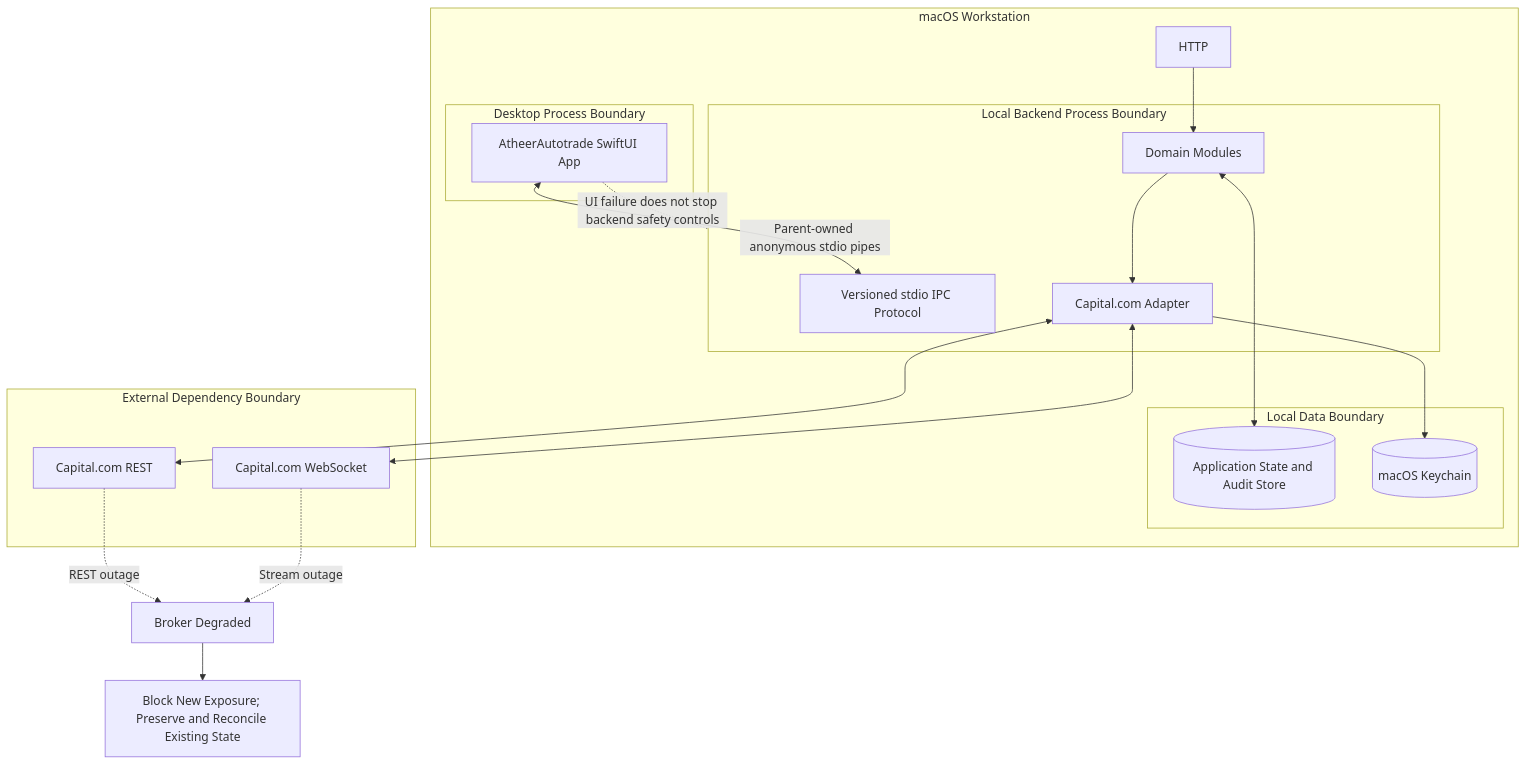
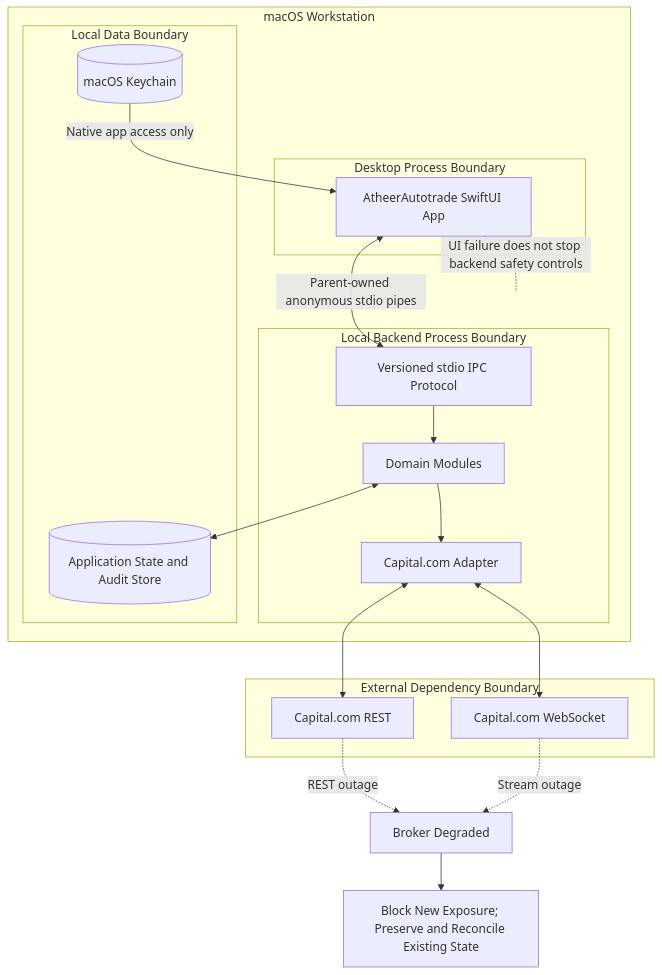
One commit to atheertrading/AtheerAutotrade changed the tenth of 10 diagrams in docs/architecture/diagrams/README.md. Above: the diagram before and after it, drawn with Mermaid. The commit also changed other lines of this file, not shown here.

Commit message:
fix(architecture): align IPC diagrams with native Keychain ownership

````diff
--- a/docs/architecture/diagrams/README.md
+++ b/docs/architecture/diagrams/README.md
@@ -339,34 +340,34 @@
 ```mermaid
 flowchart TB
     subgraph HOST["macOS Workstation"]
         subgraph DESKTOP["Desktop Process Boundary"]
             APP["AtheerAutotrade SwiftUI App"]
         end
         subgraph SERVICE["Local Backend Process Boundary"]
             IPC["Versioned stdio IPC Protocol"]
             MODULES["Domain Modules"]
             ADAPTER["Capital.com Adapter"]
         end
         subgraph DATA["Local Data Boundary"]
             DB[("Application State and Audit Store")]
             SECRETS[("macOS Keychain")]
         end
         APP <-->|Parent-owned anonymous stdio pipes| IPC
-        HTTP --> MODULES
+        IPC --> MODULES
         MODULES --> ADAPTER
         MODULES <--> DB
-        ADAPTER --> SECRETS
+        SECRETS -->|Native app access only| APP
     end
 
     subgraph EXTERNAL["External Dependency Boundary"]
         REST["Capital.com REST"]
         SOCKET["Capital.com WebSocket"]
     end
     ADAPTER <--> REST
     ADAPTER <--> SOCKET
 
     APP -. "UI failure does not stop backend safety controls" .- SERVICE
     REST -. "REST outage" .-> DEGRADED["Broker Degraded"]
     SOCKET -. "Stream outage" .-> DEGRADED
     DEGRADED --> SAFE["Block New Exposure; Preserve and Reconcile Existing State"]
 ```
````
